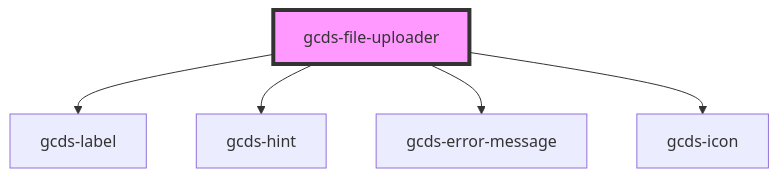
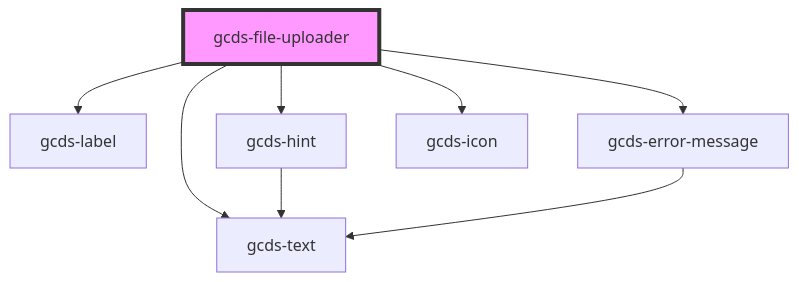
The diagram in packages/web/src/components/gcds-file-uploader/readme.md (cds-snc/gcds-components), drawn with Mermaid before and after one commit. The commit also changed other lines of this file and 33 other files, not shown here.

First line of the commit message:
refactor: integrate gcds-text into existing components  (#457)

````diff
--- a/packages/web/src/components/gcds-file-uploader/readme.md
+++ b/packages/web/src/components/gcds-file-uploader/readme.md
@@ -61,8 +62,11 @@
 ```mermaid
 graph TD;
   gcds-file-uploader --> gcds-label
   gcds-file-uploader --> gcds-hint
   gcds-file-uploader --> gcds-error-message
+  gcds-file-uploader --> gcds-text
   gcds-file-uploader --> gcds-icon
+  gcds-hint --> gcds-text
+  gcds-error-message --> gcds-text
   style gcds-file-uploader fill:#f9f,stroke:#333,stroke-width:4px
 ```
````
